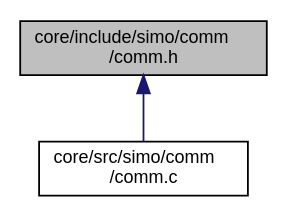
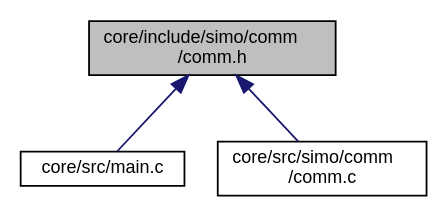
One commit to Germanvelardez2018/simo.v2 changed the diagram in docs/comm_8h__dep__incl.dot. Above: the diagram before and after it, drawn with Graphviz. The commit also changed 212 other files, not shown here.

```diff
--- a/docs/comm_8h__dep__incl.dot
+++ b/docs/comm_8h__dep__incl.dot
@@ -1,9 +1,11 @@
 digraph "core/include/simo/comm/comm.h"
 {
  // LATEX_PDF_SIZE
   edge [fontname="Helvetica",fontsize="10",labelfontname="Helvetica",labelfontsize="10"];
   node [fontname="Helvetica",fontsize="10",shape=record];
   Node1 [label="core/include/simo/comm\l/comm.h",height=0.2,width=0.4,color="black", fillcolor="grey75", style="filled", fontcolor="black",tooltip="Modulo de capa 2 que sirve para gestionar comunicacion mediante hardware externo."];
   Node1 -> Node2 [dir="back",color="midnightblue",fontsize="10",style="solid",fontname="Helvetica"];
-  Node2 [label="core/src/simo/comm\l/comm.c",height=0.2,width=0.4,color="black", fillcolor="white", style="filled",URL="$comm_8c.html",tooltip="API para la comunicacion del sistema."];
+  Node2 [label="core/src/main.c",height=0.2,width=0.4,color="black", fillcolor="white", style="filled",URL="$main_8c.html",tooltip="Aplicacion SIMO v2."];
+  Node1 -> Node3 [dir="back",color="midnightblue",fontsize="10",style="solid",fontname="Helvetica"];
+  Node3 [label="core/src/simo/comm\l/comm.c",height=0.2,width=0.4,color="black", fillcolor="white", style="filled",URL="$comm_8c.html",tooltip="API para la comunicacion del sistema."];
 }
```
